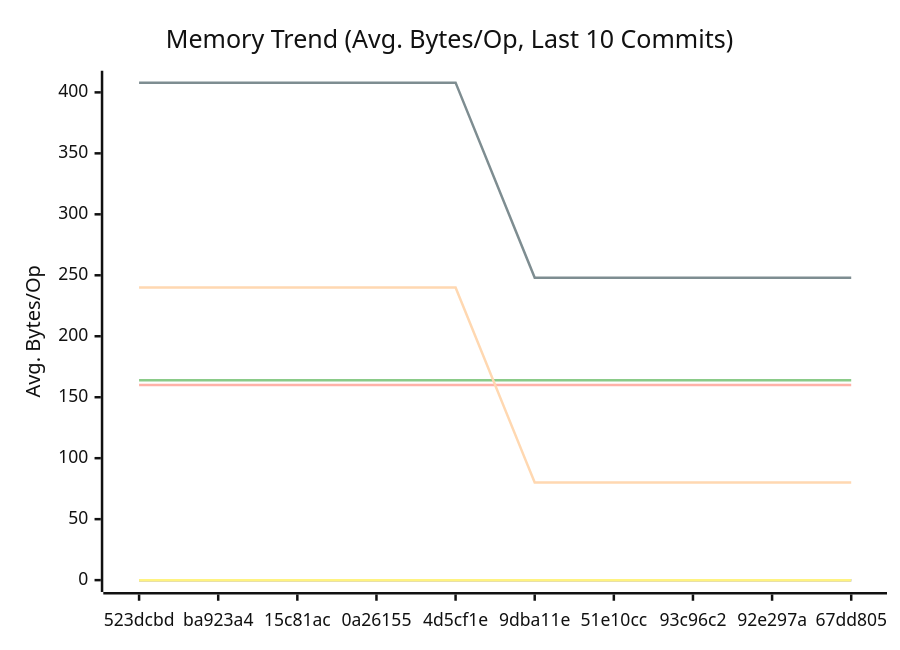
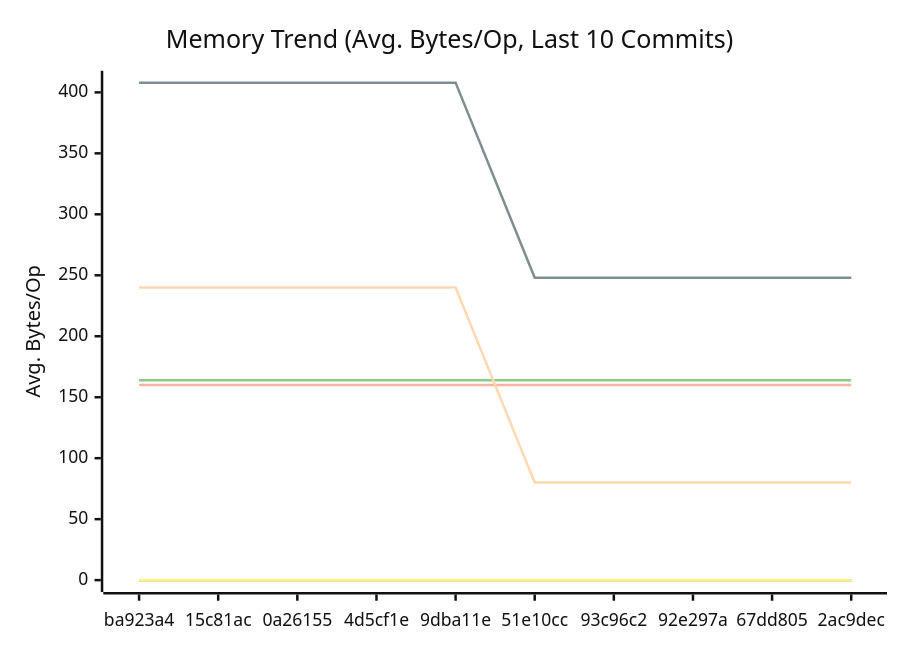
The second of 3 diagrams in docs/PERFORMANCE.md (alsotoes/momo), drawn with Mermaid (neutral theme) before and after one commit. The commit also changed other lines of this file and 4 other files, not shown here.

````diff
--- a/docs/PERFORMANCE.md
+++ b/docs/PERFORMANCE.md
@@ -97,16 +97,16 @@
 ```mermaid
 xychart-beta
     title "Memory Trend (Avg. Bytes/Op, Last 10 Commits)"
     x-axis "Commit"
     y-axis "Avg. Bytes/Op"
-    x-axis [523dcbd,ba923a4,15c81ac,0a26155,4d5cf1e,9dba11e,51e10cc,93c96c2,92e297a,67dd805]
+    x-axis [ba923a4,15c81ac,0a26155,4d5cf1e,9dba11e,51e10cc,93c96c2,92e297a,67dd805,2ac9dec]
     line "CheckMetricsAndSwap" [0,0,0,0,0,0,0,0,0,0]
     line "CrushOptimized" [0,0,0,0,0,0,0,0,0,0]
     line "CrushOriginal" [164,164,164,164,164,164,164,164,164,164]
     line "IndexDirectTracking" [0,0,0,0,0,0,0,0,0,0]
     line "IndexSearch" [0,0,0,0,0,0,0,0,0,0]
     line "LoadGlobalConfig" [160,160,160,160,160,160,160,160,160,160]
     line "PadString" [0,0,0,0,0,0,0,0,0,0]
     line "ParseReplicationOrder_NoPrealloc" [408,408,408,408,408,248,248,248,248,248]
     line "ParseReplicationOrder_Prealloc" [240,240,240,240,240,80,80,80,80,80]
 ```
````
